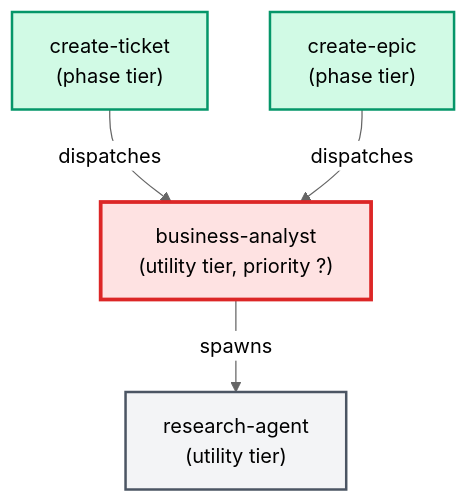
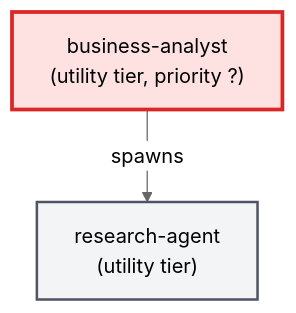
The diagram in docs/agents/cards/business-analyst.card.md (urlmonitor/leafcutter-ai), drawn with Mermaid (neutral theme) before and after one commit. The commit also changed other lines of this file and 52 other files, not shown here.

````diff
--- a/docs/agents/cards/business-analyst.card.md
+++ b/docs/agents/cards/business-analyst.card.md
@@ -45,16 +47,12 @@
 ```mermaid
 flowchart TD
     classDef supervisor fill:#dbeafe,stroke:#2563eb,stroke-width:2px
     classDef phase fill:#d1fae5,stroke:#059669,stroke-width:2px
     classDef utility fill:#f3f4f6,stroke:#4b5563,stroke-width:2px
     classDef target fill:#fee2e2,stroke:#dc2626,stroke-width:3px
 
-    create_ticket["create-ticket\n(phase tier)"]:::phase
-    create_epic["create-epic\n(phase tier)"]:::phase
     business_analyst["business-analyst\n(utility tier, priority ?)"]:::target
     research_agent["research-agent\n(utility tier)"]:::utility
 
-    create_ticket -->|dispatches| business_analyst
-    create_epic -->|dispatches| business_analyst
     business_analyst -->|spawns| research_agent
 ```
````
